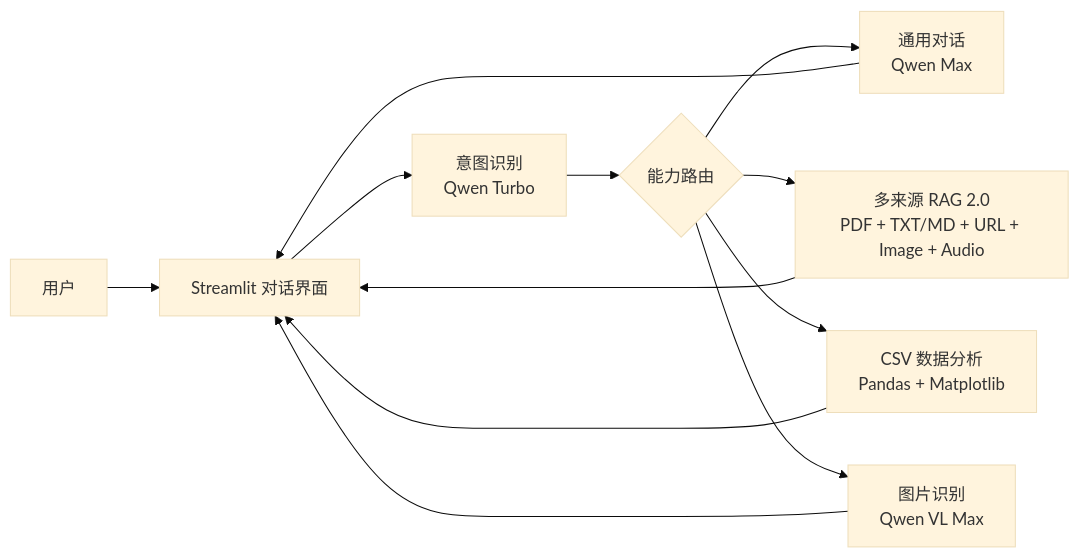
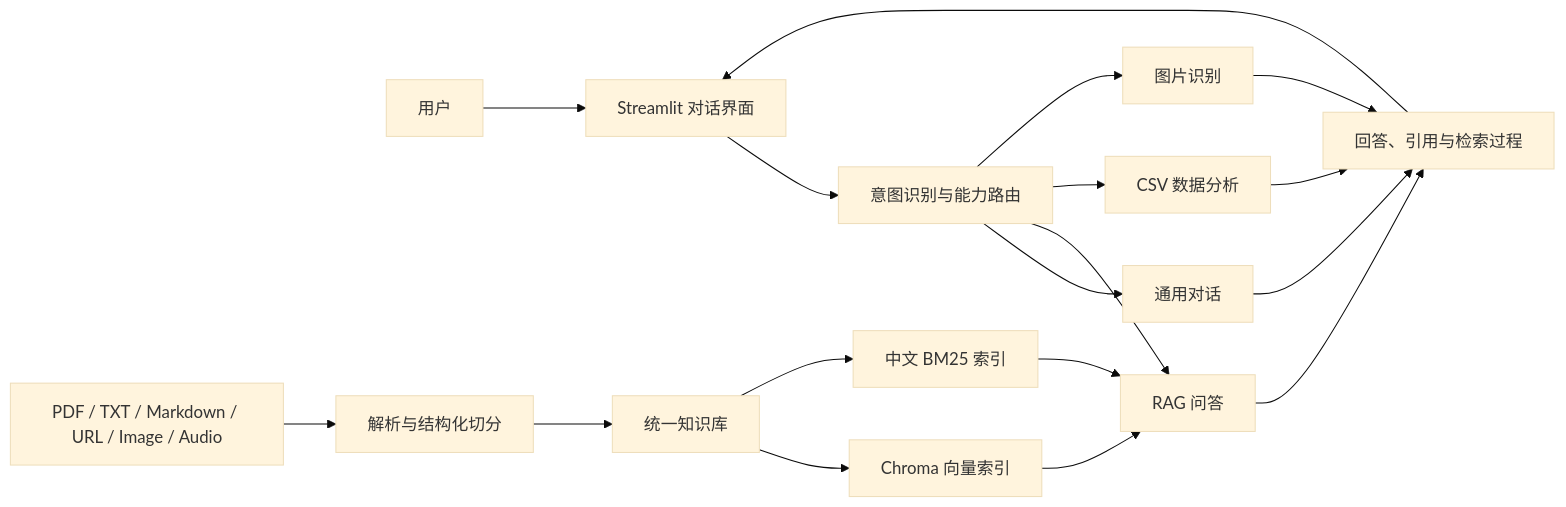
One commit to ChiYuouo/chat-bot changed the diagram in README.md. Above: the diagram before and after it, drawn with Mermaid (base theme). The commit also changed other lines of this file, not shown here.

````diff
--- a/README.md
+++ b/README.md
@@ -16,11 +47,23 @@
 ```mermaid
 flowchart LR
     U[用户] --> UI[Streamlit 对话界面]
-    UI --> I[意图识别<br/>Qwen Turbo]
-    I --> R{能力路由}
-    R --> G[通用对话<br/>Qwen Max]
-    R --> D[多来源 RAG 2.0<br/>PDF + TXT/MD + URL + Image + Audio]
-    R --> A[CSV 数据分析<br/>Pandas + Matplotlib]
-    R --> V[图片识别<br/>Qwen VL Max]
-    G & D & A & V --> UI
+    UI --> IR[意图识别与能力路由]
+
+    IR --> G[通用对话]
+    IR --> RAG[RAG 问答]
+    IR --> DA[CSV 数据分析]
+    IR --> V[图片识别]
+
+    S[PDF / TXT / Markdown / URL / Image / Audio] --> ING[解析与结构化切分]
+    ING --> KB[统一知识库]
+    KB --> VS[Chroma 向量索引]
+    KB --> BM[中文 BM25 索引]
+    VS --> RAG
+    BM --> RAG
+
+    RAG --> OUT[回答、引用与检索过程]
+    G --> OUT
+    DA --> OUT
+    V --> OUT
+    OUT --> UI
 ```
````
